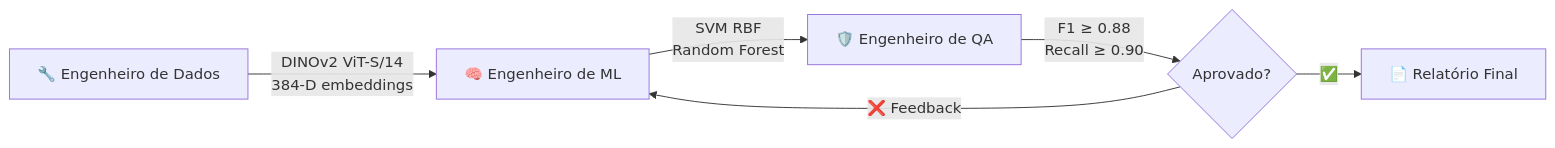
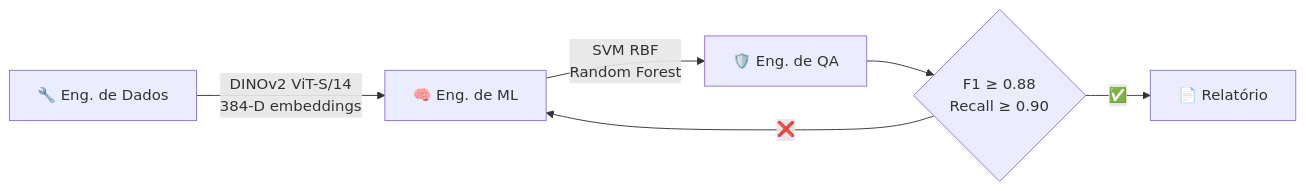
One commit to gabrielsena87/gabrielsena87 changed the diagram in README.md. Above: the diagram before and after it, drawn with Mermaid. The commit also changed other lines of this file and 1 other file, not shown here.

````diff
--- a/README.md
+++ b/README.md
@@ -260,12 +217,8 @@
 ```mermaid
 flowchart LR
-    A["🔧 Engenheiro de Dados"]
-    B["🧠 Engenheiro de ML"]
-    C["🛡️ Engenheiro de QA"]
-
-    A -->|"DINOv2 ViT-S/14\n384-D embeddings"| B
-    B -->|"SVM RBF\nRandom Forest"| C
-    C -->|"F1 ≥ 0.88\nRecall ≥ 0.90"| D{"Aprovado?"}
-    D -->|"✅"| E["📄 Relatório Final"]
-    D -->|"❌ Feedback"| B
+    A["🔧 Eng. de Dados"] -->|"DINOv2 ViT-S/14\n384-D embeddings"| B["🧠 Eng. de ML"]
+    B -->|"SVM RBF\nRandom Forest"| C["🛡️ Eng. de QA"]
+    C --> D{"F1 ≥ 0.88\nRecall ≥ 0.90"}
+    D -->|"✅"| E["📄 Relatório"]
+    D -->|"❌"| B
 ```
````
